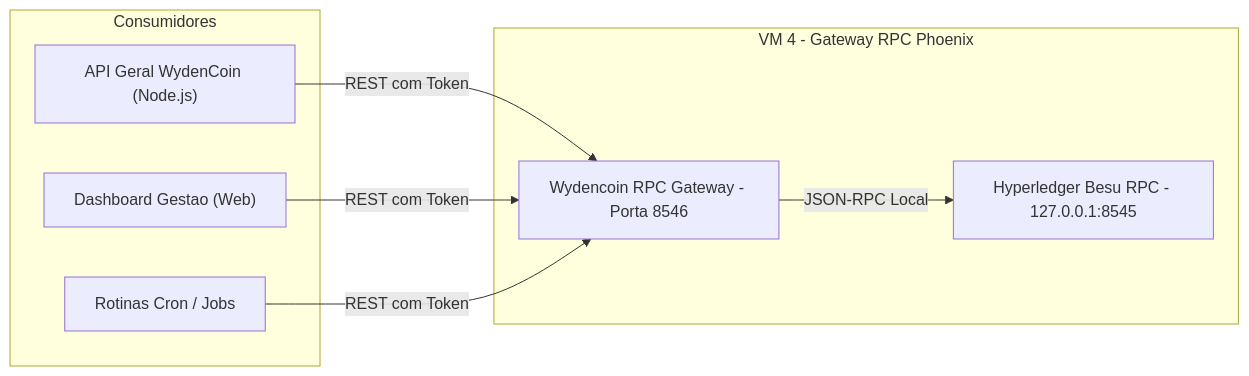
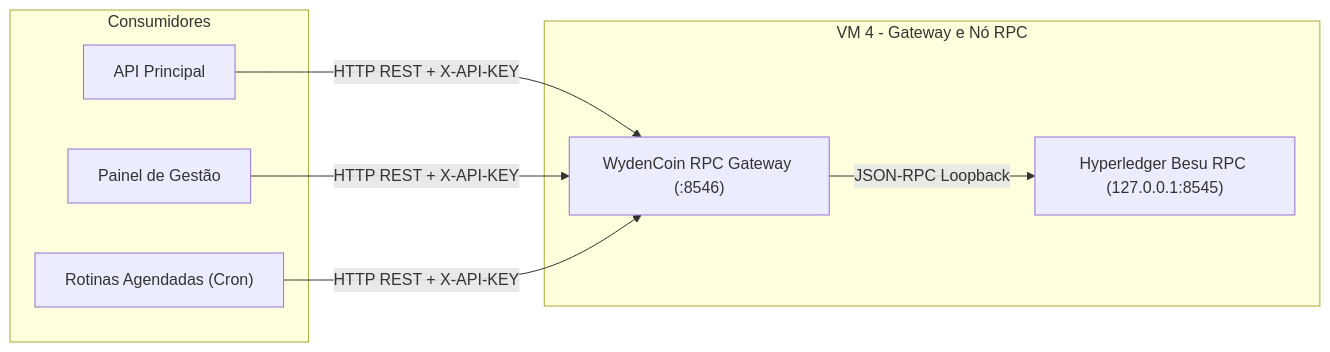
Before and after one commit to wydencoin/infra: the diagram in gateway/GATEWAY_API.md, drawn with Mermaid. The commit also changed other lines of this file and 11 other files, not shown here.

````diff
--- a/gateway/GATEWAY_API.md
+++ b/gateway/GATEWAY_API.md
@@ -11,18 +9,18 @@
 ```mermaid
 graph LR
     subgraph Consumidores
-        Backend["API Geral WydenCoin (Node.js)"]
-        Dashboard["Dashboard Gestao (Web)"]
-        Cron["Rotinas Cron / Jobs"]
+        Backend["API Principal"]
+        Dashboard["Painel de Gestão"]
+        Jobs["Rotinas Agendadas (Cron)"]
     end
 
-    subgraph VM4["VM 4 - Gateway RPC Phoenix"]
-        Gateway["Wydencoin RPC Gateway - Porta 8546"]
-        Besu["Hyperledger Besu RPC - 127.0.0.1:8545"]
+    subgraph VM4["VM 4 - Gateway e Nó RPC"]
+        Gateway["WydenCoin RPC Gateway (:8546)"]
+        Besu["Hyperledger Besu RPC (127.0.0.1:8545)"]
     end
 
-    Backend -->|REST com Token| Gateway
-    Dashboard -->|REST com Token| Gateway
-    Cron -->|REST com Token| Gateway
-    Gateway -->|JSON-RPC Local| Besu
+    Backend -->|HTTP REST + X-API-KEY| Gateway
+    Dashboard -->|HTTP REST + X-API-KEY| Gateway
+    Jobs -->|HTTP REST + X-API-KEY| Gateway
+    Gateway -->|JSON-RPC Loopback| Besu
 ```
````
